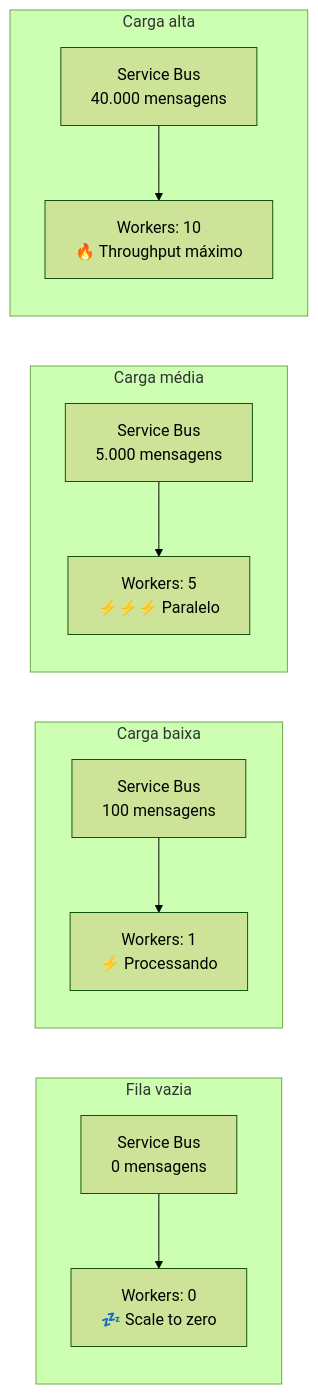
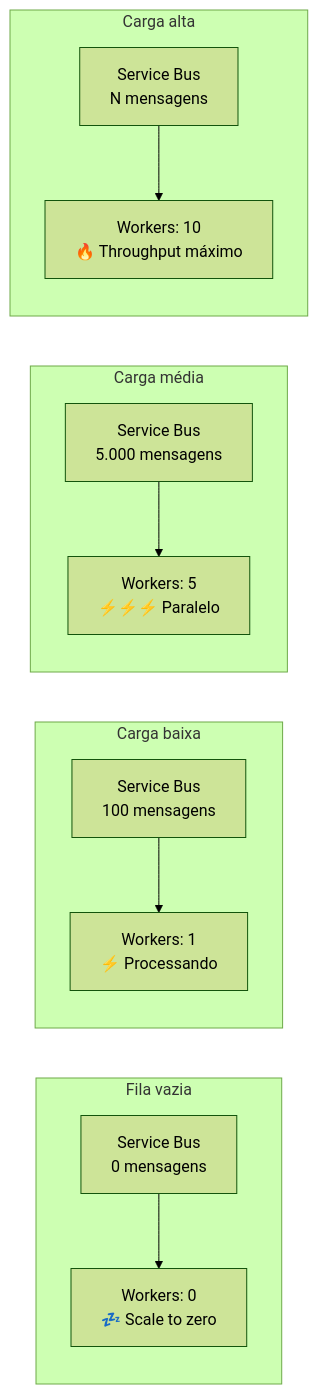
The sixth of 6 diagrams in README.md (EdneiMonteiro/teams_msgs), drawn with Mermaid (forest theme) before and after one commit. The commit also changed other lines of this file, not shown here.

````diff
--- a/README.md
+++ b/README.md
@@ -543,18 +543,18 @@
 ```mermaid
 graph LR
     subgraph "Fila vazia"
         Q0[Service Bus<br/>0 mensagens] --> W0[Workers: 0<br/>💤 Scale to zero]
     end
 
     subgraph "Carga baixa"
         Q1[Service Bus<br/>100 mensagens] --> W1[Workers: 1<br/>⚡ Processando]
     end
 
     subgraph "Carga média"
         Q2[Service Bus<br/>5.000 mensagens] --> W2[Workers: 5<br/>⚡⚡⚡ Paralelo]
     end
 
     subgraph "Carga alta"
-        Q3[Service Bus<br/>40.000 mensagens] --> W3[Workers: 10<br/>🔥 Throughput máximo]
+        Q3[Service Bus<br/>N mensagens] --> W3[Workers: 10<br/>🔥 Throughput máximo]
     end
 ```
````
